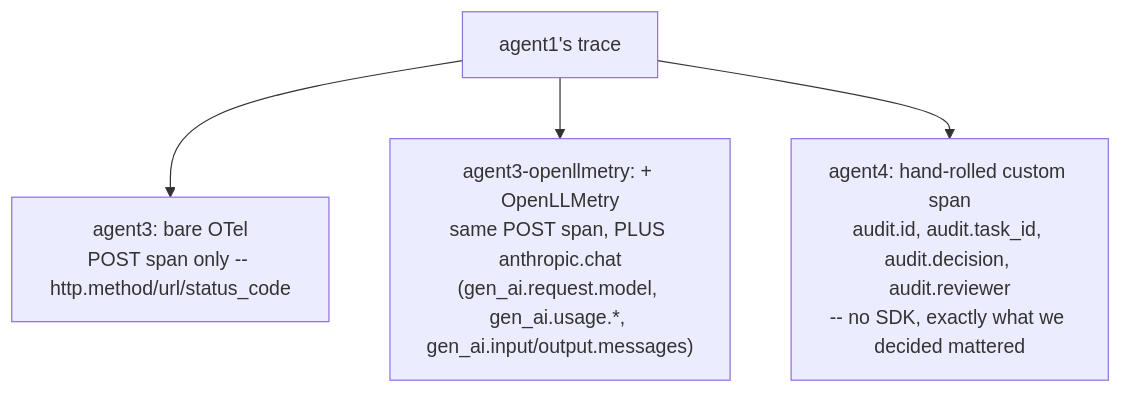
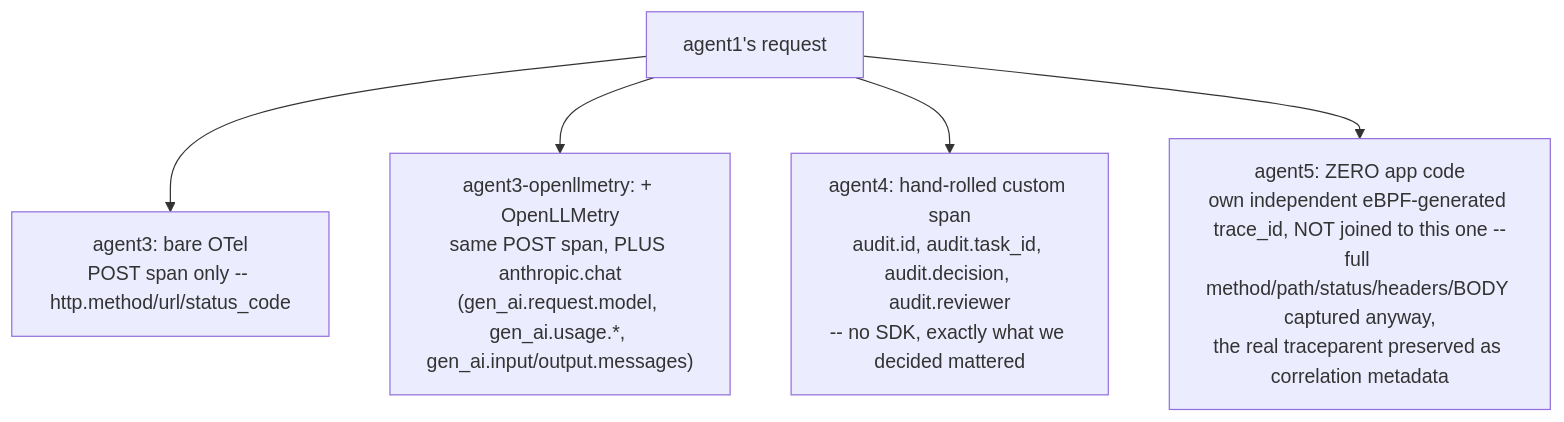
Before and after one commit to sf-matt/mcp-agent-tracing: the third of 3 diagrams in README.md, drawn with Mermaid. The commit also changed other lines of this file, not shown here.

First line of the commit message:
Document agent5: the eBPF-only floor below the instrumentation spectrum

````diff
--- a/README.md
+++ b/README.md
@@ -107,7 +127,8 @@
 ```mermaid
 flowchart TB
-    T[agent1's trace]
+    T[agent1's request]
     T --> bare["agent3: bare OTel<br/>POST span only -- http.method/url/status_code"]
     T --> oll["agent3-openllmetry: + OpenLLMetry<br/>same POST span, PLUS anthropic.chat<br/>(gen_ai.request.model, gen_ai.usage.*, gen_ai.input/output.messages)"]
     T --> custom["agent4: hand-rolled custom span<br/>audit.id, audit.task_id, audit.decision, audit.reviewer<br/>-- no SDK, exactly what we decided mattered"]
+    T --> ghost["agent5: ZERO app code<br/>own independent eBPF-generated trace_id, NOT joined to this one --<br/>full method/path/status/headers/BODY captured anyway,<br/>the real traceparent preserved as correlation metadata"]
 ```
````
